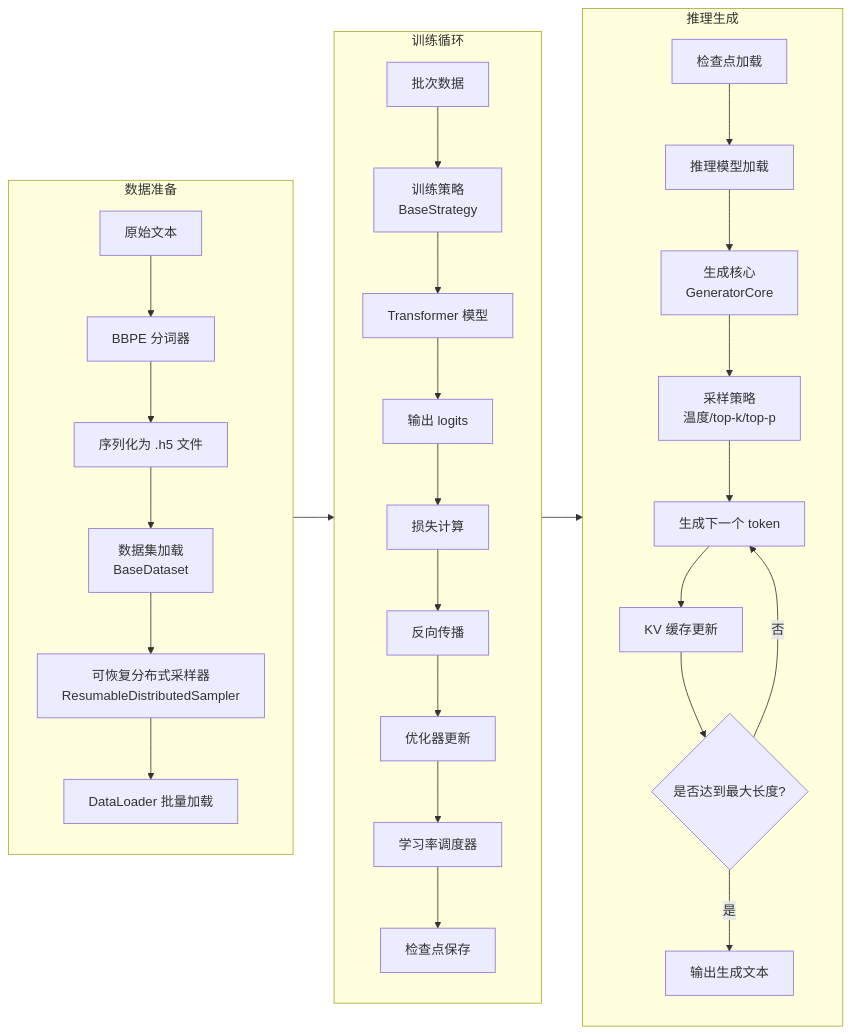
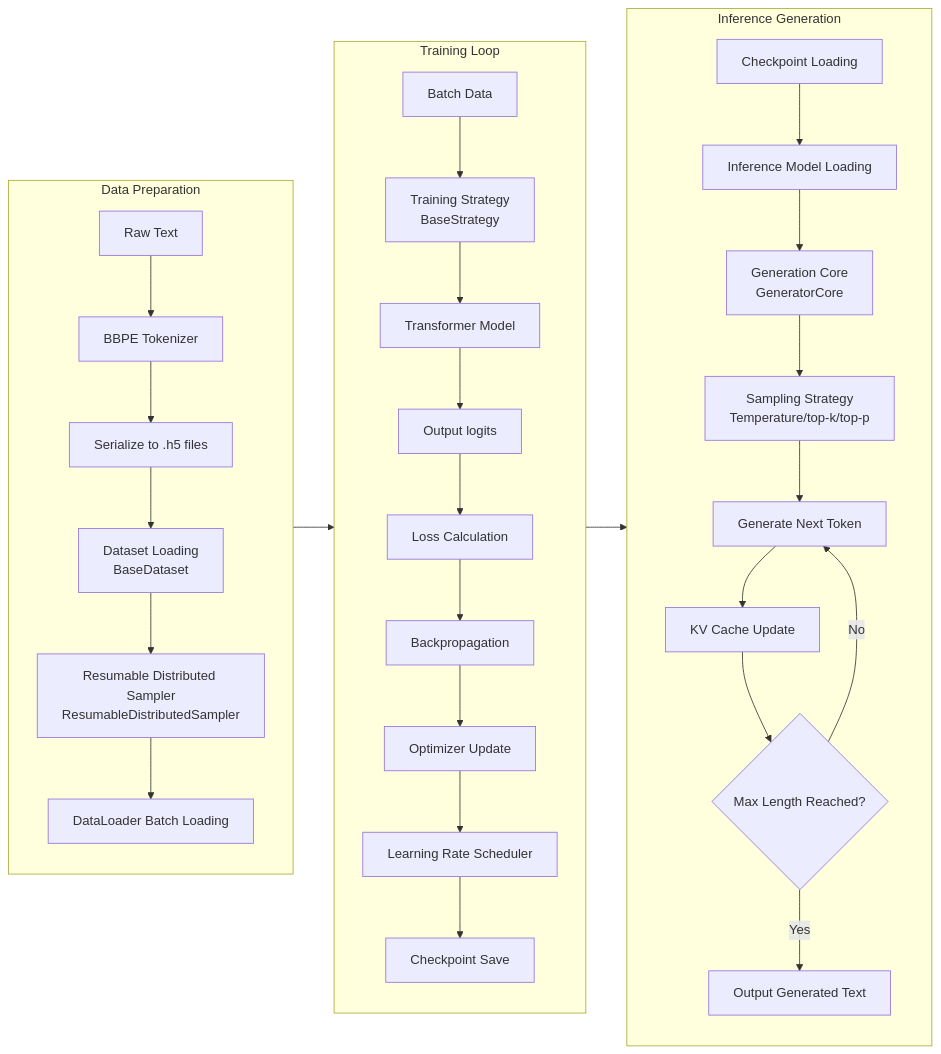
One commit to ViperEkura/KHAOSZ changed the diagram in assets/docs/dataflow.md. Above: the diagram before and after it, drawn with Mermaid. The commit also changed other lines of this file and 13 other files, not shown here.

````diff
--- a/assets/docs/dataflow.md
+++ b/assets/docs/dataflow.md
@@ -19,38 +19,38 @@
 ```mermaid
 flowchart LR
-    subgraph A[数据准备]
+    subgraph A[Data Preparation]
         direction TB
-        A1[原始文本] --> A2[BBPE 分词器]
-        A2 --> A3[序列化为 .h5 文件]
-        A3 --> A4[数据集加载<br/>BaseDataset]
-        A4 --> A5[可恢复分布式采样器<br/>ResumableDistributedSampler]
-        A5 --> A6[DataLoader 批量加载]
+        A1[Raw Text] --> A2[BBPE Tokenizer]
+        A2 --> A3[Serialize to .h5 files]
+        A3 --> A4[Dataset Loading<br/>BaseDataset]
+        A4 --> A5[Resumable Distributed Sampler<br/>ResumableDistributedSampler]
+        A5 --> A6[DataLoader Batch Loading]
     end
 
-    subgraph B[训练循环]
+    subgraph B[Training Loop]
         direction TB
-        B1[批次数据] --> B2[训练策略<br/>BaseStrategy]
-        B2 --> B3[Transformer 模型]
-        B3 --> B4[输出 logits]
-        B4 --> B5[损失计算]
-        B5 --> B6[反向传播]
-        B6 --> B7[优化器更新]
-        B7 --> B8[学习率调度器]
-        B8 --> B9[检查点保存]
+        B1[Batch Data] --> B2[Training Strategy<br/>BaseStrategy]
+        B2 --> B3[Transformer Model]
+        B3 --> B4[Output logits]
+        B4 --> B5[Loss Calculation]
+        B5 --> B6[Backpropagation]
+        B6 --> B7[Optimizer Update]
+        B7 --> B8[Learning Rate Scheduler]
+        B8 --> B9[Checkpoint Save]
     end
 
-    subgraph C[推理生成]
+    subgraph C[Inference Generation]
         direction TB
-        C1[检查点加载] --> C2[推理模型加载]
-        C2 --> C3[生成核心<br/>GeneratorCore]
-        C3 --> C4[采样策略<br/>温度/top‑k/top‑p]
-        C4 --> C5[生成下一个 token]
-        C5 --> C6[KV 缓存更新]
-        C6 --> C7{是否达到最大长度?}
-        C7 -->|否| C5
-        C7 -->|是| C8[输出生成文本]
+        C1[Checkpoint Loading] --> C2[Inference Model Loading]
+        C2 --> C3[Generation Core<br/>GeneratorCore]
+        C3 --> C4[Sampling Strategy<br/>Temperature/top-k/top-p]
+        C4 --> C5[Generate Next Token]
+        C5 --> C6[KV Cache Update]
+        C6 --> C7{Max Length Reached?}
+        C7 -->|No| C5
+        C7 -->|Yes| C8[Output Generated Text]
     end
 
     A --> B
     B --> C
 ```
````
